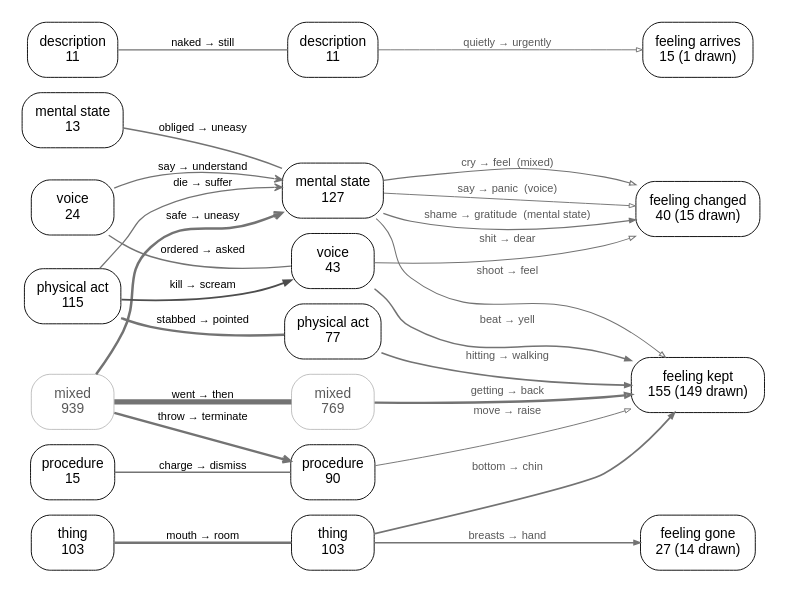
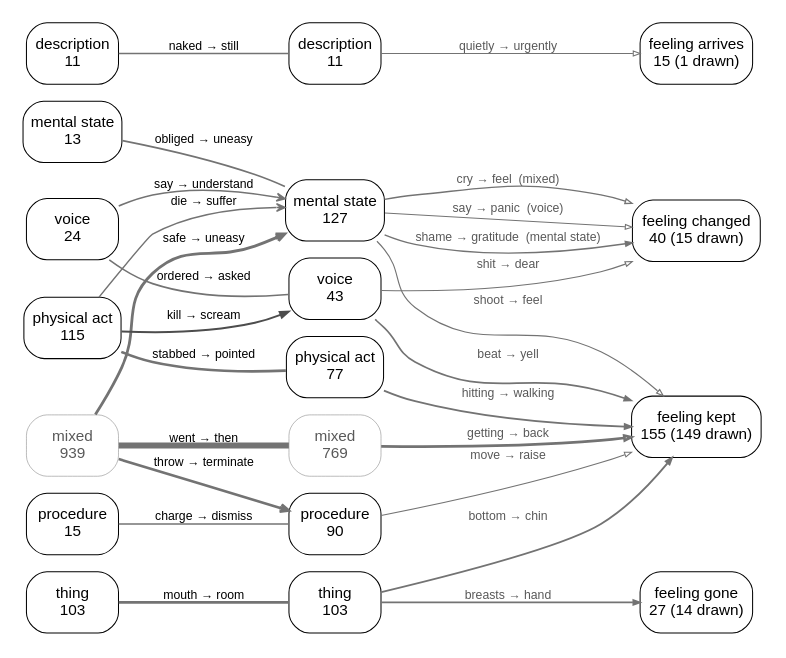
The diagram in experiments/displacement/freudian_hypothesis/results/kind_flow_en_either.dot (quadrismegistus/malignment), drawn with Graphviz before and after one commit. The commit also changed 1 other file, not shown here.

Commit message:
freudian_hypothesis: institutional instrument scales in annotated_pairs (inst:), Arial in kind_flow

```diff
--- a/experiments/displacement/freudian_hypothesis/results/kind_flow_en_either.dot
+++ b/experiments/displacement/freudian_hypothesis/results/kind_flow_en_either.dot
@@ -1,55 +1,55 @@
 digraph kindflow {
   rankdir=LR; splines=true; overlap=false;
   size="4.8,5.52";
   bgcolor="white"; nodesep=0.14; ranksep=0.50;
-  node [shape=box style="rounded" fontname="Helvetica" fontsize=9 color="black" fontcolor="black" margin="0.06,0.035" penwidth=0.6];
-  edge [fontname="Helvetica" fontsize=7.2 color="#4d4d4d" penwidth=0.75 arrowsize=0.5];
+  node [shape=box style="rounded" fontname="Arial" fontsize=9 color="black" fontcolor="black" margin="0.06,0.035" penwidth=0.6];
+  edge [fontname="Arial" fontsize=7.2 color="#4d4d4d" penwidth=0.75 arrowsize=0.5];
   { rank=same;
     "B_MIXED" [label="mixed\n939" penwidth=0.35 color="#8c8c8c" fontcolor="#595959"];
     "B_PHYSICAL_ACT" [label="physical act\n115"];
     "B_THING" [label="thing\n103"];
     "B_VOCAL_ACT" [label="voice\n24"];
     "B_PROCEDURE" [label="procedure\n15"];
     "B_MENTAL_STATE" [label="mental state\n13"];
     "B_DESCRIPTION" [label="description\n11"];
   }
   { rank=same;
     "A_MIXED" [label="mixed\n769" penwidth=0.35 color="#8c8c8c" fontcolor="#595959"];
     "A_MENTAL_STATE" [label="mental state\n127"];
     "A_THING" [label="thing\n103"];
     "A_PROCEDURE" [label="procedure\n90"];
     "A_PHYSICAL_ACT" [label="physical act\n77"];
     "A_VOCAL_ACT" [label="voice\n43"];
     "A_DESCRIPTION" [label="description\n11"];
   }
   { rank=same;
   "F_KEPT" [label="feeling kept\n155 (149 drawn)"];
   "F_RECOLORED" [label="feeling changed\n40 (15 drawn)"];
   "F_GONE" [label="feeling gone\n27 (14 drawn)"];
   "F_INTRODUCED" [label="feeling arrives\n15 (1 drawn)"];
   }
   "B_MIXED" -> "A_MIXED" [label="went → then" arrowhead=none color="#737373" penwidth=3.50];
   "B_THING" -> "A_THING" [label="mouth → room" arrowhead=none color="#737373" penwidth=1.70];
   "B_MIXED" -> "A_MENTAL_STATE" [label="safe → uneasy" arrowhead=vee color="#737373" penwidth=1.65];
   "B_PHYSICAL_ACT" -> "A_PHYSICAL_ACT" [label="stabbed → pointed" arrowhead=none color="#737373" penwidth=1.54];
   "B_MIXED" -> "A_PROCEDURE" [label="throw → terminate" arrowhead=vee color="#737373" penwidth=1.52];
   "B_PHYSICAL_ACT" -> "A_VOCAL_ACT" [label="kill → scream" penwidth=1.15];
   "B_PROCEDURE" -> "A_PROCEDURE" [label="charge → dismiss" arrowhead=none color="#737373" penwidth=0.96];
   "B_MENTAL_STATE" -> "A_MENTAL_STATE" [label="obliged → uneasy" arrowhead=none color="#737373" penwidth=0.93];
   "B_VOCAL_ACT" -> "A_VOCAL_ACT" [label="ordered → asked" arrowhead=none color="#737373" penwidth=0.93];
   "B_VOCAL_ACT" -> "A_MENTAL_STATE" [label="say → understand" arrowhead=vee color="#737373" penwidth=0.89];
   "B_DESCRIPTION" -> "A_DESCRIPTION" [label="naked → still" arrowhead=none color="#737373" penwidth=0.89];
   "B_PHYSICAL_ACT" -> "A_MENTAL_STATE" [label="die → suffer" arrowhead=vee color="#737373" penwidth=0.83];
   "A_MIXED" -> "F_KEPT" [label="getting → back" color="#737373" fontcolor="#595959" penwidth=1.56 arrowsize=0.4 arrowhead=onormal];
   "A_THING" -> "F_KEPT" [label="bottom → chin" color="#737373" fontcolor="#595959" penwidth=1.11 arrowsize=0.4 arrowhead=normal];
   "A_PHYSICAL_ACT" -> "F_KEPT" [label="hitting → walking" color="#737373" fontcolor="#595959" penwidth=1.07 arrowsize=0.4 arrowhead=normal];
   "A_VOCAL_ACT" -> "F_KEPT" [label="beat → yell" color="#737373" fontcolor="#595959" penwidth=0.97 arrowsize=0.4 arrowhead=normal];
   "A_THING" -> "F_GONE" [label="breasts → hand" color="#737373" fontcolor="#595959" penwidth=0.94 arrowsize=0.4 arrowhead=normal];
   "A_MENTAL_STATE" -> "F_RECOLORED" [label="shame → gratitude  (mental state)" color="#737373" fontcolor="#595959" penwidth=0.81 arrowsize=0.4 arrowhead=normal];
   "A_MENTAL_STATE" -> "F_RECOLORED" [label="cry → feel  (mixed)" color="#737373" fontcolor="#595959" penwidth=0.76 arrowsize=0.4 arrowhead=onormal];
   "A_VOCAL_ACT" -> "F_RECOLORED" [label="shit → dear" color="#737373" fontcolor="#595959" penwidth=0.67 arrowsize=0.4 arrowhead=onormal];
   "A_MENTAL_STATE" -> "F_KEPT" [label="shoot → feel" color="#737373" fontcolor="#595959" penwidth=0.67 arrowsize=0.4 arrowhead=onormal];
   "A_PROCEDURE" -> "F_KEPT" [label="move → raise" color="#737373" fontcolor="#595959" penwidth=0.62 arrowsize=0.4 arrowhead=onormal];
   "A_MENTAL_STATE" -> "F_RECOLORED" [label="say → panic  (voice)" color="#737373" fontcolor="#595959" penwidth=0.62 arrowsize=0.4 arrowhead=onormal];
   "A_DESCRIPTION" -> "F_INTRODUCED" [label="quietly → urgently" color="#737373" fontcolor="#595959" penwidth=0.62 arrowsize=0.4 arrowhead=onormal];
 }
```
